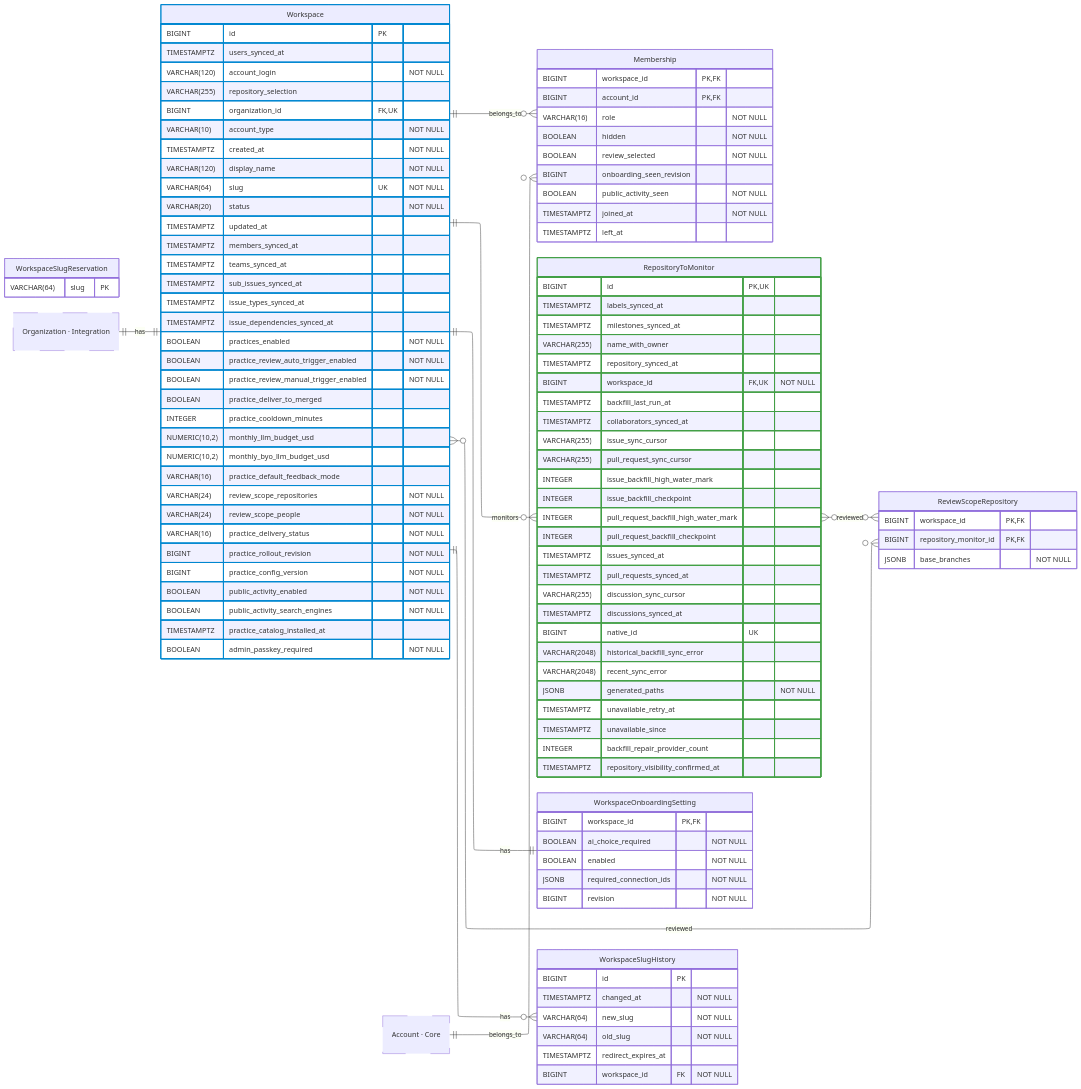
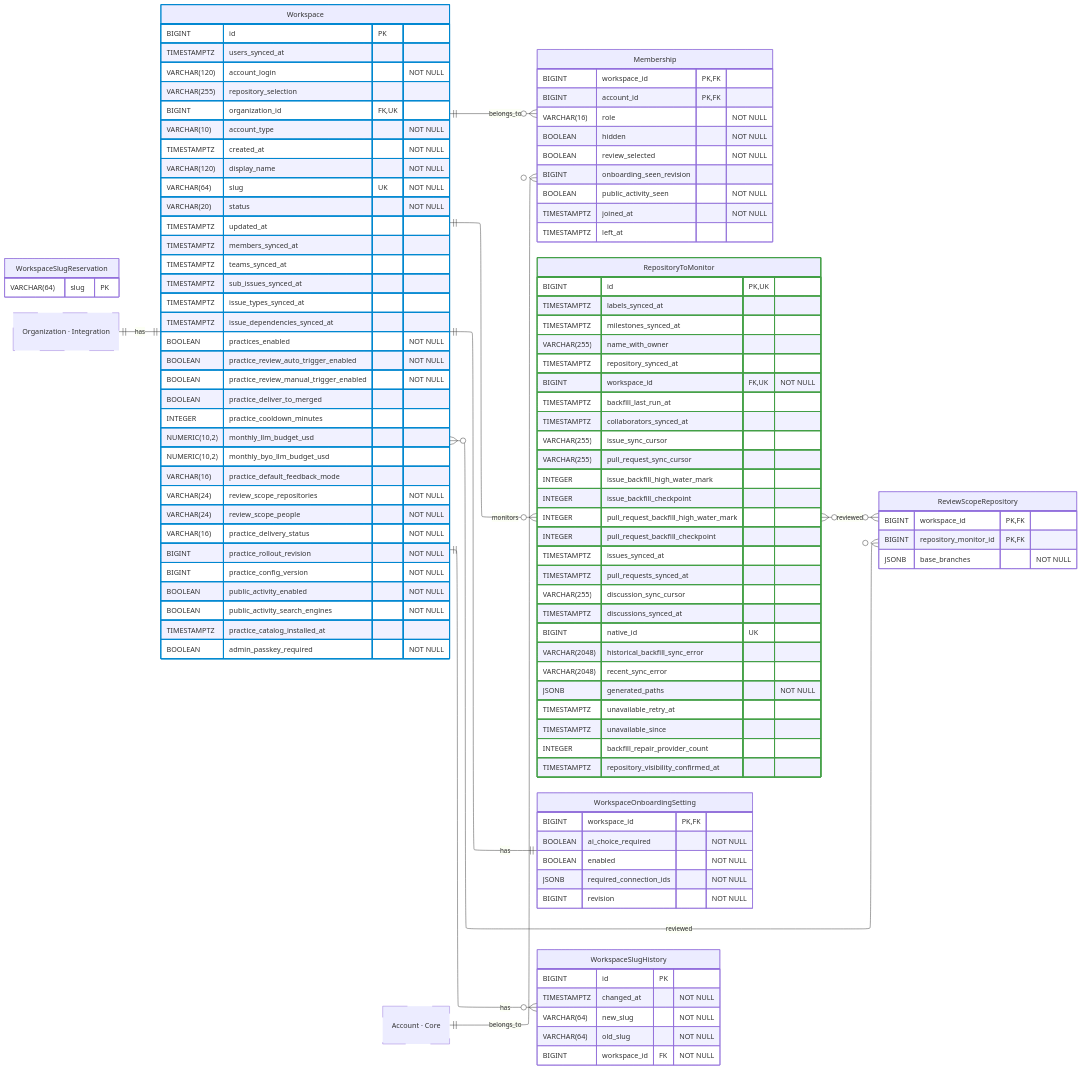
Before and after one commit to hephaestus-build/Hephaestus: the diagram in docs/contributor/erd/workspace.mmd, drawn with Mermaid. The commit also changed 12 other files, not shown here.

```diff
--- a/docs/contributor/erd/workspace.mmd
+++ b/docs/contributor/erd/workspace.mmd
@@ -1,143 +1,142 @@
 ---
 config:
     layout: elk
 ---
 erDiagram
     %% Generated automatically from PostgreSQL database schema
     %% using scripts/generate-mermaid-erd.ts
     %% To regenerate: vp run db:generate-erd-docs
 
     direction LR
 
     Membership {
         BIGINT workspace_id PK,FK
         BIGINT account_id PK,FK
         VARCHAR(16) role "NOT NULL"
         BOOLEAN hidden "NOT NULL"
         BOOLEAN review_selected "NOT NULL"
         BIGINT onboarding_seen_revision
         BOOLEAN public_activity_seen "NOT NULL"
         TIMESTAMPTZ joined_at "NOT NULL"
         TIMESTAMPTZ left_at
     }
 
     RepositoryToMonitor {
         BIGINT id PK,UK
         TIMESTAMPTZ labels_synced_at
         TIMESTAMPTZ milestones_synced_at
         VARCHAR(255) name_with_owner
         TIMESTAMPTZ repository_synced_at
         BIGINT workspace_id FK,UK "NOT NULL"
         TIMESTAMPTZ backfill_last_run_at
         TIMESTAMPTZ collaborators_synced_at
         VARCHAR(255) issue_sync_cursor
         VARCHAR(255) pull_request_sync_cursor
         INTEGER issue_backfill_high_water_mark
         INTEGER issue_backfill_checkpoint
         INTEGER pull_request_backfill_high_water_mark
         INTEGER pull_request_backfill_checkpoint
         TIMESTAMPTZ issues_synced_at
         TIMESTAMPTZ pull_requests_synced_at
         VARCHAR(255) discussion_sync_cursor
         TIMESTAMPTZ discussions_synced_at
         BIGINT native_id UK
         VARCHAR(2048) historical_backfill_sync_error
         VARCHAR(2048) recent_sync_error
         JSONB generated_paths "NOT NULL"
         TIMESTAMPTZ unavailable_retry_at
         TIMESTAMPTZ unavailable_since
         INTEGER backfill_repair_provider_count
         TIMESTAMPTZ repository_visibility_confirmed_at
     }
 
     ReviewScopeRepository {
         BIGINT workspace_id PK,FK
         BIGINT repository_monitor_id PK,FK
         JSONB base_branches "NOT NULL"
     }
 
     Workspace {
         BIGINT id PK
         TIMESTAMPTZ users_synced_at
         VARCHAR(120) account_login "NOT NULL"
         VARCHAR(255) repository_selection
         BIGINT organization_id FK,UK
         VARCHAR(10) account_type "NOT NULL"
         TIMESTAMPTZ created_at "NOT NULL"
         VARCHAR(120) display_name "NOT NULL"
         VARCHAR(64) slug UK "NOT NULL"
         VARCHAR(20) status "NOT NULL"
         TIMESTAMPTZ updated_at
         TIMESTAMPTZ members_synced_at
         TIMESTAMPTZ teams_synced_at
         TIMESTAMPTZ sub_issues_synced_at
         TIMESTAMPTZ issue_types_synced_at
         TIMESTAMPTZ issue_dependencies_synced_at
         BOOLEAN practices_enabled "NOT NULL"
         BOOLEAN practice_review_auto_trigger_enabled "NOT NULL"
         BOOLEAN practice_review_manual_trigger_enabled "NOT NULL"
         BOOLEAN practice_deliver_to_merged
         INTEGER practice_cooldown_minutes
         NUMERIC(10,2) monthly_llm_budget_usd
         NUMERIC(10,2) monthly_byo_llm_budget_usd
         VARCHAR(16) practice_default_feedback_mode
         VARCHAR(24) review_scope_repositories "NOT NULL"
         VARCHAR(24) review_scope_people "NOT NULL"
         VARCHAR(16) practice_delivery_status "NOT NULL"
         BIGINT practice_rollout_revision "NOT NULL"
         BIGINT practice_config_version "NOT NULL"
         BOOLEAN public_activity_enabled "NOT NULL"
         BOOLEAN public_activity_search_engines "NOT NULL"
         TIMESTAMPTZ practice_catalog_installed_at
         BOOLEAN admin_passkey_required "NOT NULL"
     }
 
     WorkspaceOnboardingSetting {
         BIGINT workspace_id PK,FK
         BOOLEAN ai_choice_required "NOT NULL"
         BOOLEAN enabled "NOT NULL"
         JSONB required_connection_ids "NOT NULL"
         BIGINT revision "NOT NULL"
     }
 
     WorkspaceSlugHistory {
         BIGINT id PK
         TIMESTAMPTZ changed_at "NOT NULL"
         VARCHAR(64) new_slug "NOT NULL"
         VARCHAR(64) old_slug "NOT NULL"
-        TIMESTAMPTZ redirect_expires_at
         BIGINT workspace_id FK "NOT NULL"
     }
 
     WorkspaceSlugReservation {
         VARCHAR(64) slug PK
     }
 
     Account["Account · Core"]
     Organization["Organization · Integration"]
 
     %% Relationships
     %% One-to-One relationships
     Organization ||--|| Workspace : has
     Workspace ||--|| WorkspaceOnboardingSetting : has
 
     %% One-to-Many relationships
     Account ||--o{ Membership : belongs_to
     Workspace ||--o{ Membership : belongs_to
     Workspace ||--o{ RepositoryToMonitor : monitors
     Workspace ||--o{ WorkspaceSlugHistory : has
 
     %% Many-to-Many relationships
     RepositoryToMonitor }o--o{ ReviewScopeRepository : reviewed
     Workspace }o--o{ ReviewScopeRepository : reviewed
 
     %% Styling
     classDef primaryEntity stroke:#0288d1,stroke-width:2px
     classDef associationEntity stroke:#8e24aa,stroke-width:2px
     classDef metadataEntity stroke:#43a047,stroke-width:2px
     classDef referenceEntity stroke-dasharray:5 5
 
     class Account referenceEntity
     class Organization referenceEntity
     class RepositoryToMonitor metadataEntity
     class Workspace primaryEntity
```
